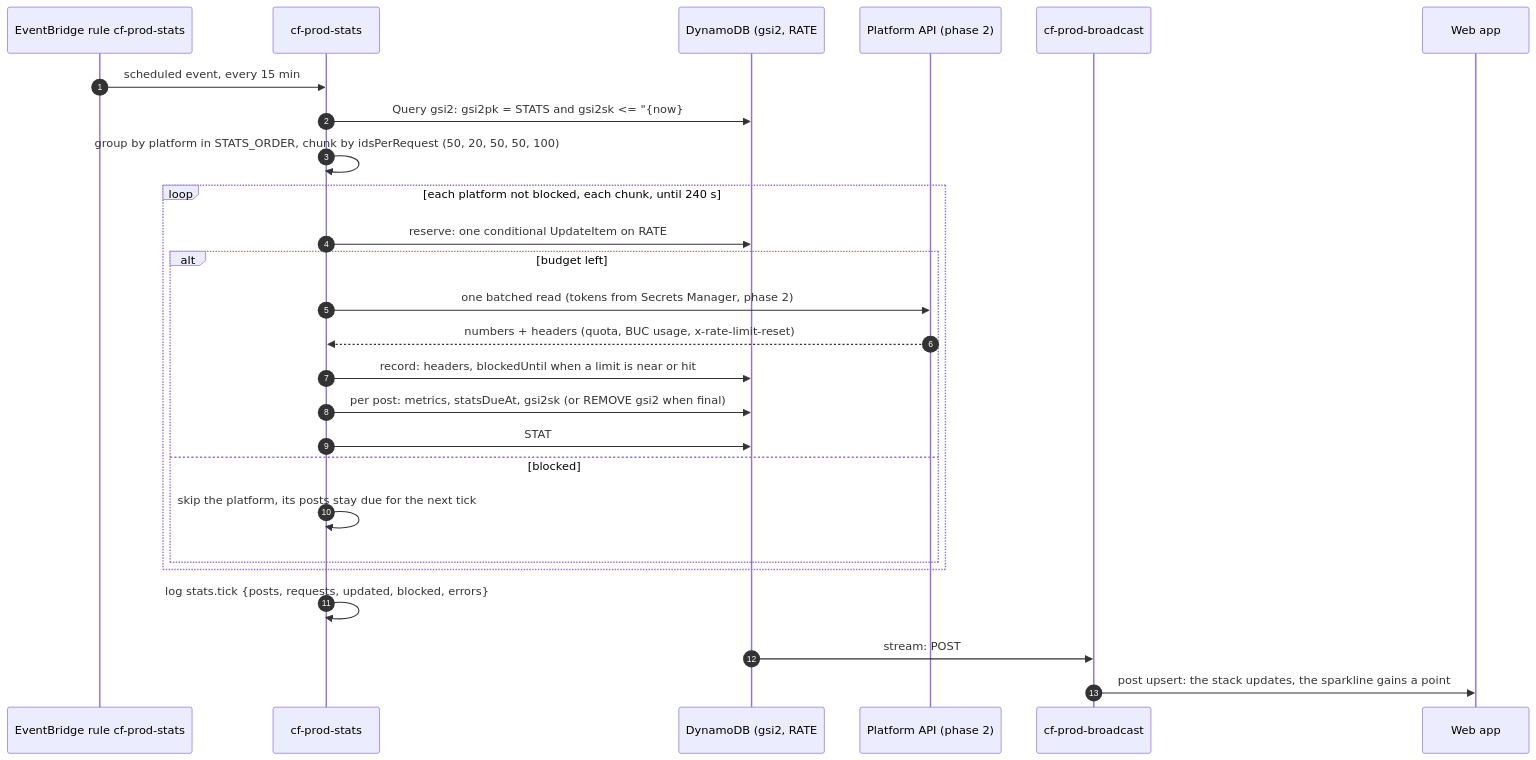
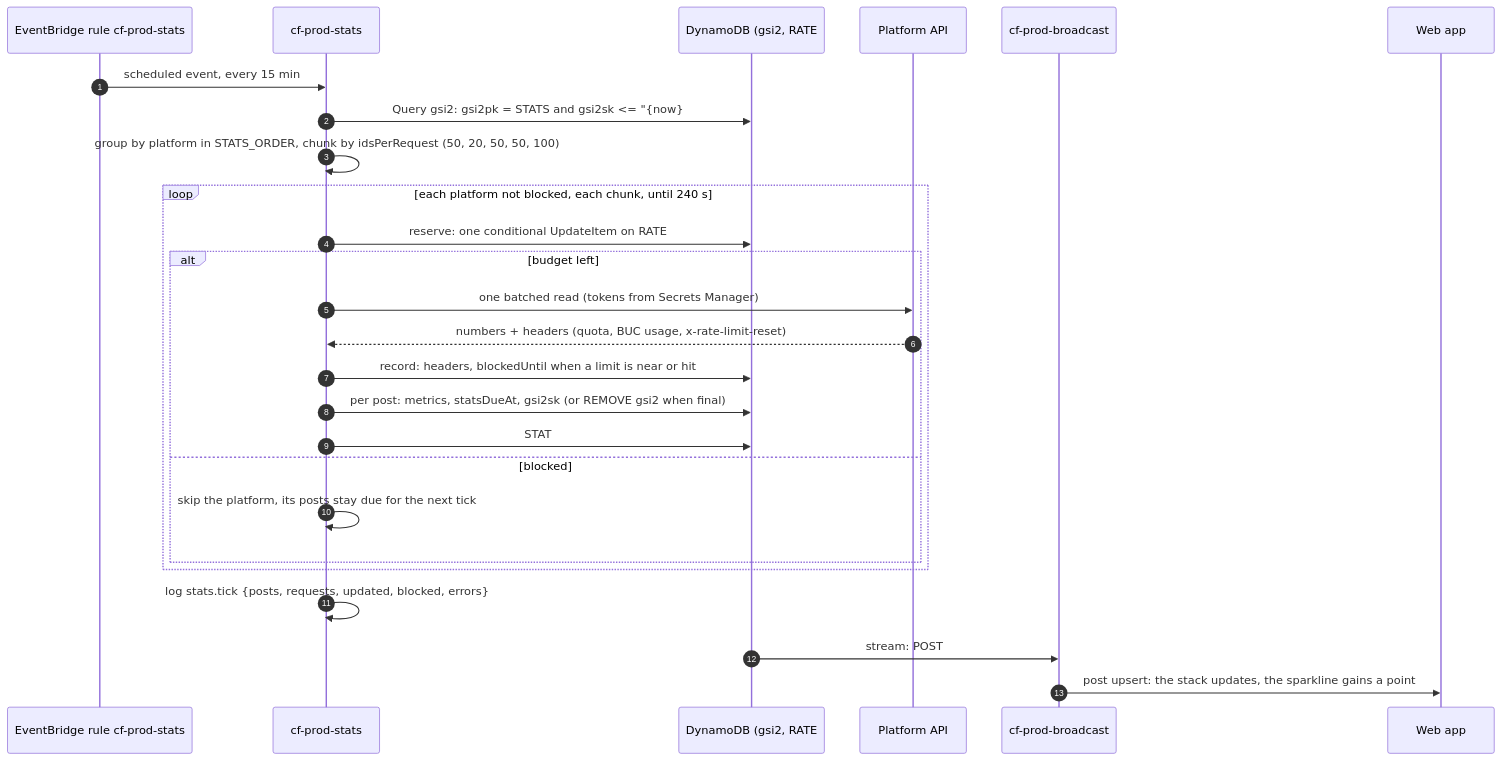
Before and after one commit to Lamo2real/clip-factory: diagram 15 of 19 in docs/ARCHITECTURE.md, drawn with Mermaid. The commit also changed other lines of this file and 13 other files, not shown here.

````diff
--- a/docs/ARCHITECTURE.md
+++ b/docs/ARCHITECTURE.md
@@ -619,28 +640,28 @@
 ```mermaid
 sequenceDiagram
   autonumber
   participant E as EventBridge rule cf-prod-stats
   participant S as cf-prod-stats
   participant D as DynamoDB (gsi2, RATE#, POST#, STAT#)
-  participant P as Platform API (phase 2)
+  participant P as Platform API
   participant B as cf-prod-broadcast
   participant W as Web app
   E->>S: scheduled event, every 15 min
   S->>D: Query gsi2: gsi2pk = STATS and gsi2sk <= "{now}#~" (up to 2,000 posts)
   S->>S: group by platform in STATS_ORDER, chunk by idsPerRequest (50, 20, 50, 50, 100)
   loop each platform not blocked, each chunk, until 240 s
     S->>D: reserve: one conditional UpdateItem on RATE#{platform}
     alt budget left
-      S->>P: one batched read (tokens from Secrets Manager, phase 2)
+      S->>P: one batched read (tokens from Secrets Manager)
       P-->>S: numbers + headers (quota, BUC usage, x-rate-limit-reset)
       S->>D: record: headers, blockedUntil when a limit is near or hit
       S->>D: per post: metrics, statsDueAt, gsi2sk (or REMOVE gsi2 when final)
       S->>D: STAT# snapshot (first, every 60 min, 1 % change, or final, TTL 90 days)
     else blocked
       S->>S: skip the platform, its posts stay due for the next tick
     end
   end
   S->>S: log stats.tick {posts, requests, updated, blocked, errors}
   D->>B: stream: POST# changed
   B->>W: post upsert: the stack updates, the sparkline gains a point
 ```
````
